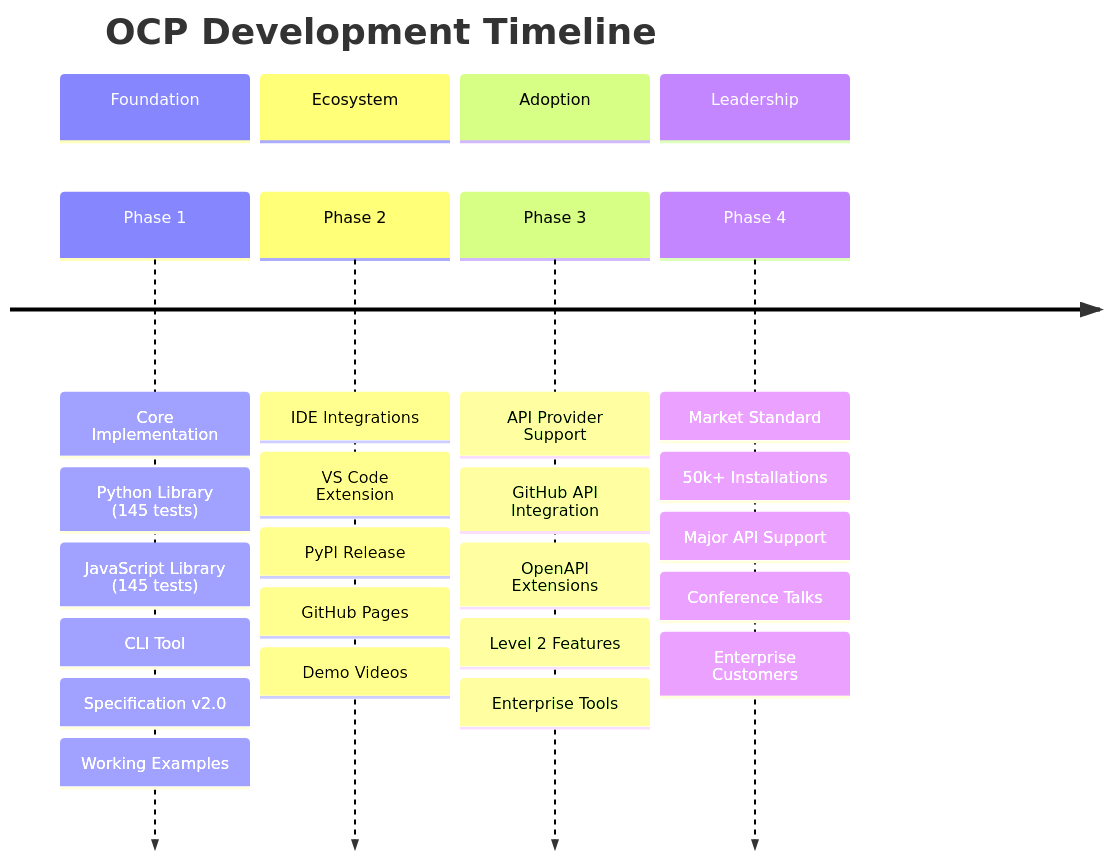
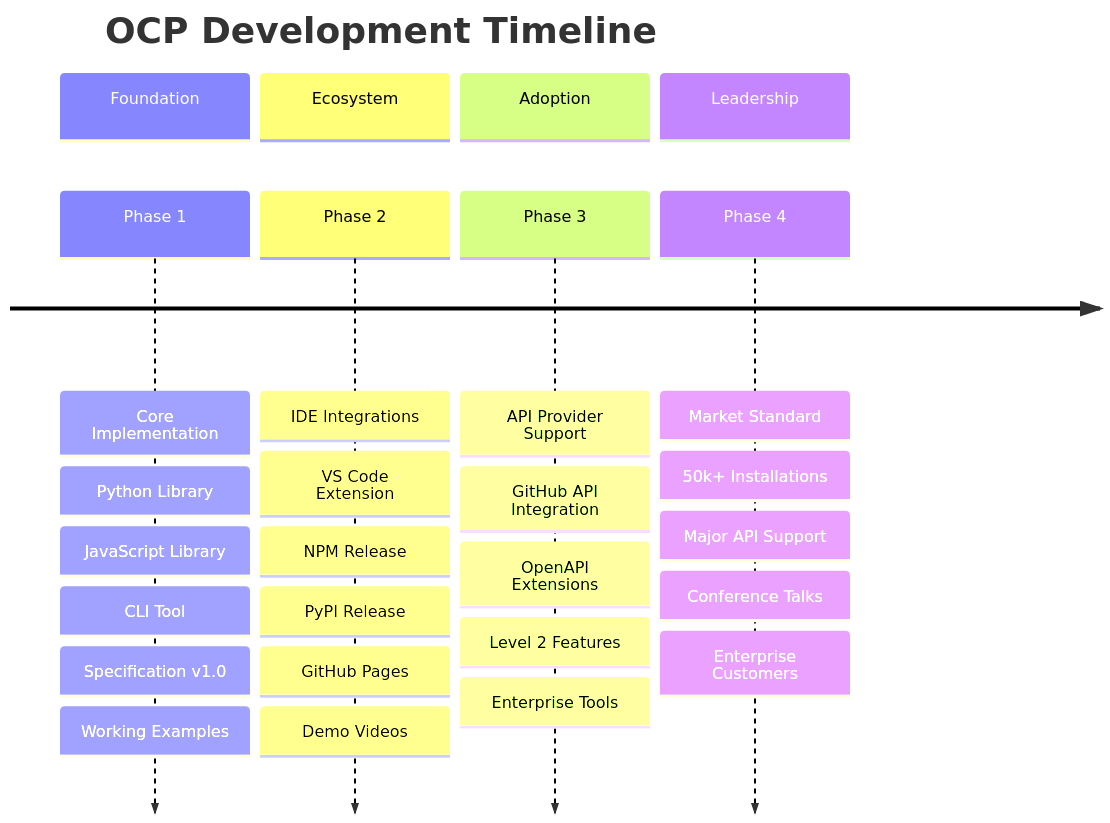
One commit to opencontextprotocol/ocp-spec changed the diagram in ROADMAP.md. Above: the diagram before and after it, drawn with Mermaid. The commit also changed other lines of this file and 3 other files, not shown here.

````diff
--- a/ROADMAP.md
+++ b/ROADMAP.md
@@ -5,33 +5,34 @@
 ```mermaid
 timeline
     title OCP Development Timeline
     
     section Foundation
         Phase 1 : Core Implementation
-               : Python Library (145 tests)
-               : JavaScript Library (145 tests)
+               : Python Library
+               : JavaScript Library
                : CLI Tool
-               : Specification v2.0
+               : Specification v1.0
                : Working Examples
     
     section Ecosystem
         Phase 2 : IDE Integrations
                : VS Code Extension
+               : NPM Release
                : PyPI Release
                : GitHub Pages
                : Demo Videos
     
     section Adoption  
         Phase 3 : API Provider Support
                : GitHub API Integration
                : OpenAPI Extensions
                : Level 2 Features
                : Enterprise Tools
     
     section Leadership
         Phase 4 : Market Standard
                : 50k+ Installations
                : Major API Support
                : Conference Talks
                : Enterprise Customers
 ```
````
